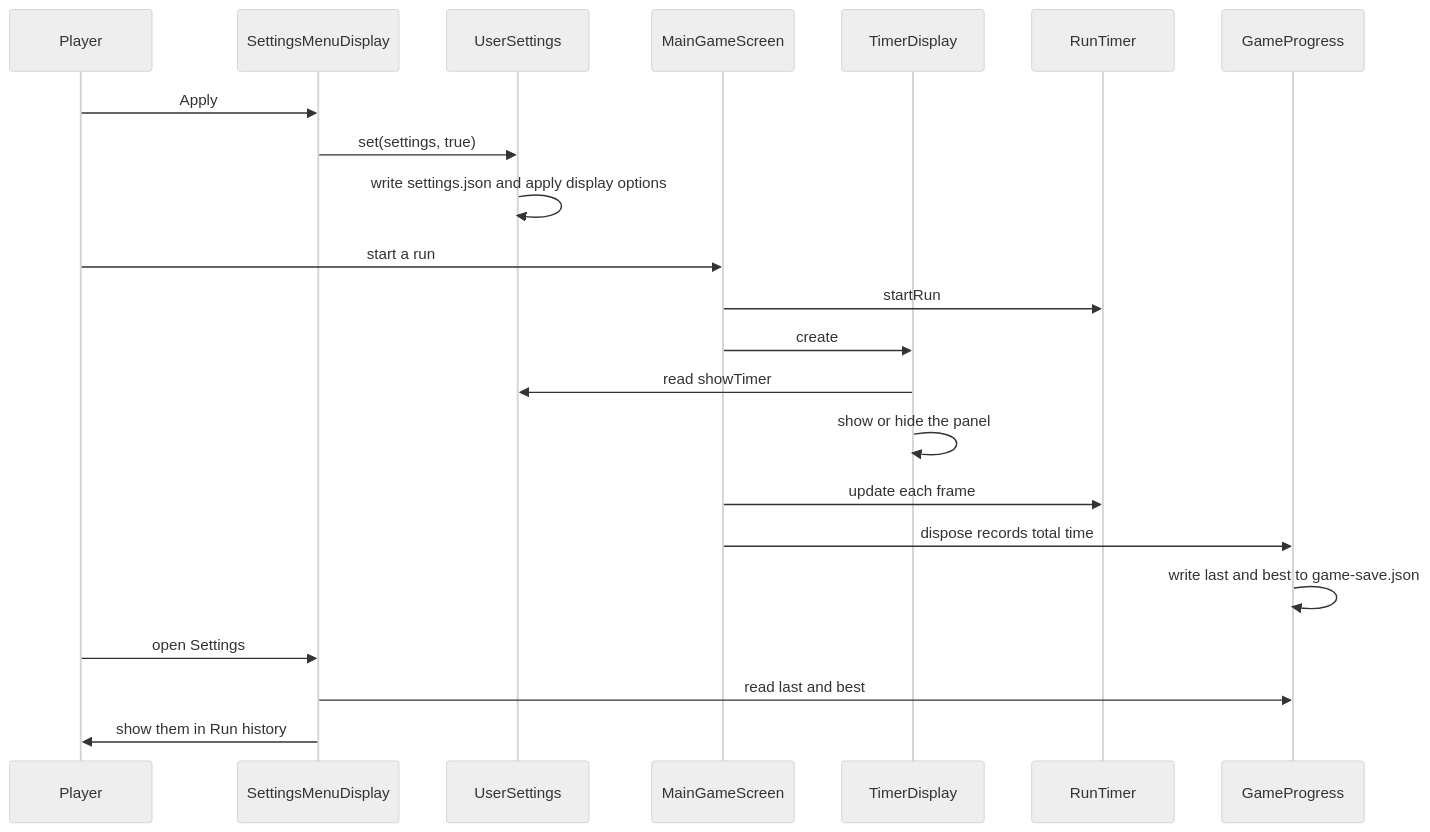
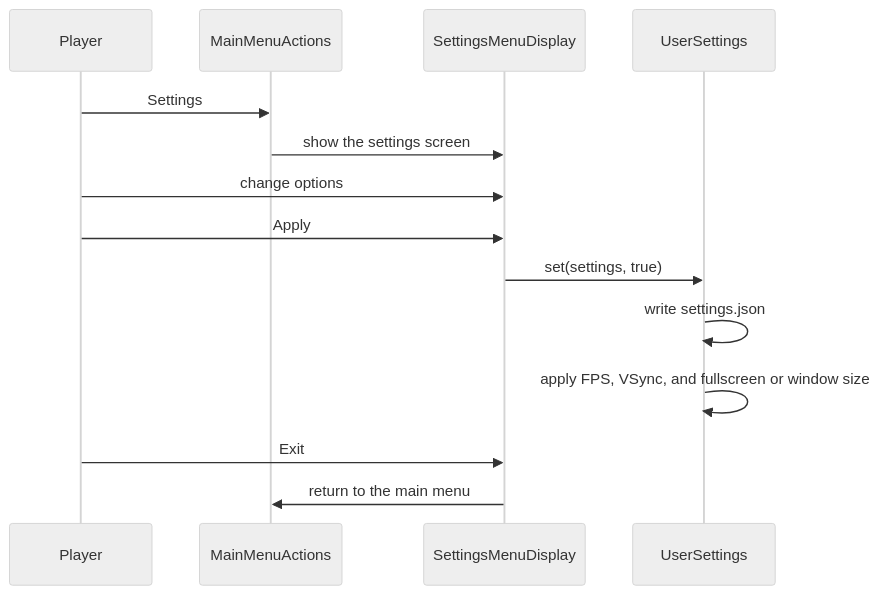
One commit to UQcsse3200/2026-studio-4 changed the second of 4 diagrams in source/docs/settings-menu.md. Above: the diagram before and after it, drawn with Mermaid (neutral theme). The commit also changed other lines of this file and 3 other files, not shown here.

Commit message:
Keep UI scale in the display options and hide the HUD while settings are open (#238).

````diff
--- a/source/docs/settings-menu.md
+++ b/source/docs/settings-menu.md
@@ -92,25 +133,17 @@
 ```mermaid
 sequenceDiagram
   participant Player
-  participant Menu as SettingsMenuDisplay
+  participant Main as MainMenuActions
+  participant Page as SettingsMenuDisplay
   participant Settings as UserSettings
-  participant Run as MainGameScreen
-  participant Timer as TimerDisplay
-  participant Clock as RunTimer
-  participant Save as GameProgress
 
-  Player->>Menu: Apply
-  Menu->>Settings: set(settings, true)
-  Settings->>Settings: write settings.json and apply display options
-  Player->>Run: start a run
-  Run->>Clock: startRun
-  Run->>Timer: create
-  Timer->>Settings: read showTimer
-  Timer->>Timer: show or hide the panel
-  Run->>Clock: update each frame
-  Run->>Save: dispose records total time
-  Save->>Save: write last and best to game-save.json
-  Player->>Menu: open Settings
-  Menu->>Save: read last and best
-  Menu->>Player: show them in Run history
+  Player->>Main: Settings
+  Main->>Page: show the settings screen
+  Player->>Page: change options
+  Player->>Page: Apply
+  Page->>Settings: set(settings, true)
+  Settings->>Settings: write settings.json
+  Settings->>Settings: apply FPS, VSync, and fullscreen or window size
+  Player->>Page: Exit
+  Page->>Main: return to the main menu
 ```
````
